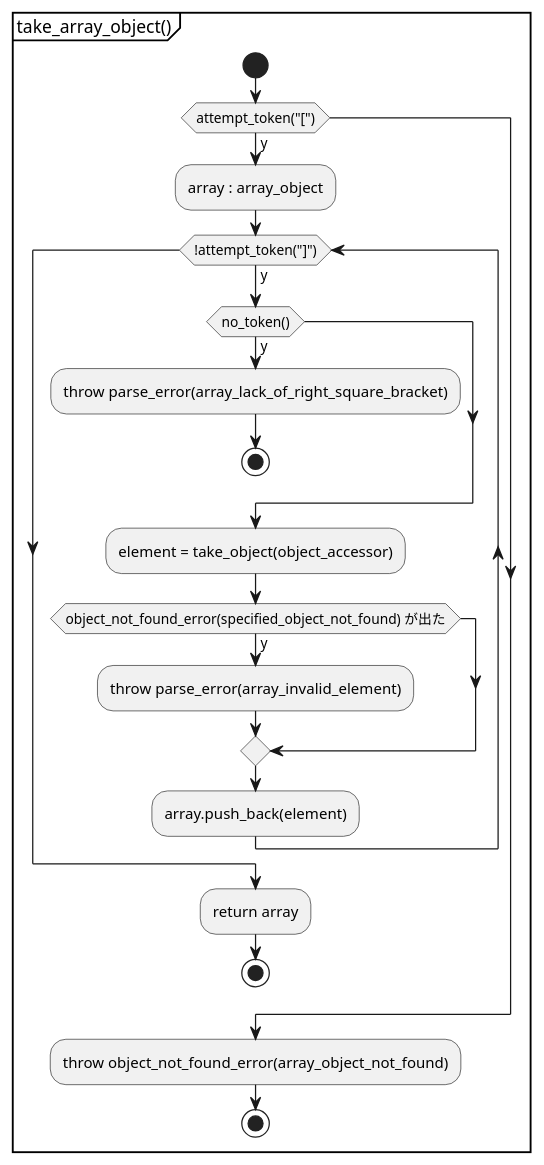
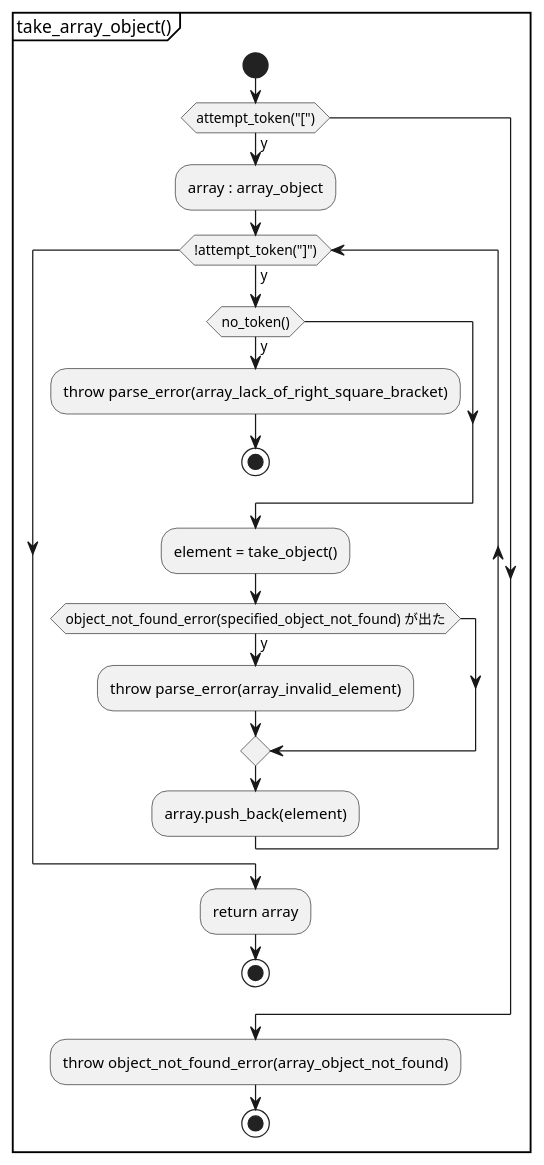
One commit to KodaiYM/PDFReader changed diagram 12 of 20 in document/document_reader/ipdfstream/ipdfstream.activity.pu. Above: the diagram before and after it, drawn with PlantUML. The commit also changed other lines of this file and 3 other files, not shown here.

```diff
--- a/document/document_reader/ipdfstream/ipdfstream.activity.pu
+++ b/document/document_reader/ipdfstream/ipdfstream.activity.pu
@@ -357,27 +357,27 @@
 @startuml take_array_object
 partition "take_array_object()" {
 start
 	if (attempt_token("[")) then (y)
 		:array : array_object;
 
 		while (!attempt_token("]")) is (y)
 			if (no_token()) then (y)
 				:throw parse_error(array_lack_of_right_square_bracket);
 				stop
 			endif
 
-			:element = take_object(object_accessor);
+			:element = take_object();
 			if (object_not_found_error(specified_object_not_found) が出た) then (y)
 				:throw parse_error(array_invalid_element);
 			endif
 			:array.push_back(element);
 		endwhile
 
 		:return array;
 		stop
 	endif
 
 	:throw object_not_found_error(array_object_not_found);
 stop
 }
 @enduml
```
